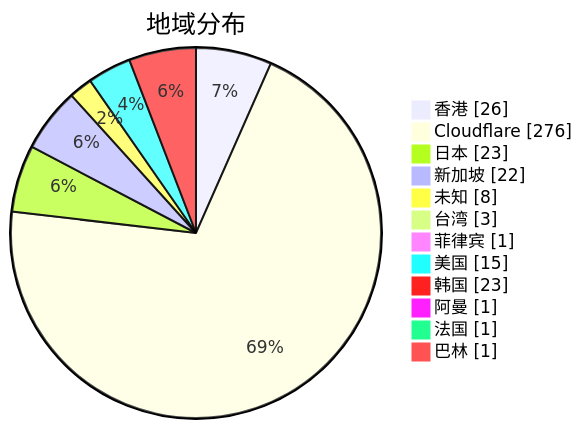
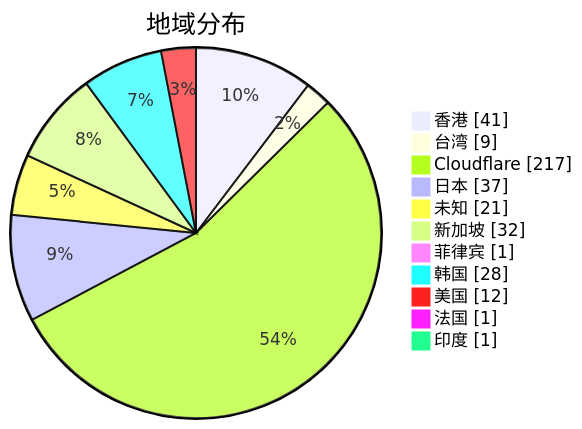
Before and after one commit to qjlxg/airport: the second of 3 diagrams in subs/statistics/tested_within.md, drawn with Mermaid. The commit also changed other lines of this file and 2 other files, not shown here.

````diff
--- a/subs/statistics/tested_within.md
+++ b/subs/statistics/tested_within.md
@@ -14,16 +13,15 @@
 ```mermaid
 pie showData
 title 地域分布
-"香港" : 26
-"Cloudflare" : 276
-"日本" : 23
-"新加坡" : 22
-"未知" : 8
-"台湾" : 3
+"香港" : 41
+"台湾" : 9
+"Cloudflare" : 217
+"日本" : 37
+"未知" : 21
+"新加坡" : 32
 "菲律宾" : 1
-"美国" : 15
-"韩国" : 23
-"阿曼" : 1
+"韩国" : 28
+"美国" : 12
 "法国" : 1
-"巴林" : 1
+"印度" : 1
 ```
````
